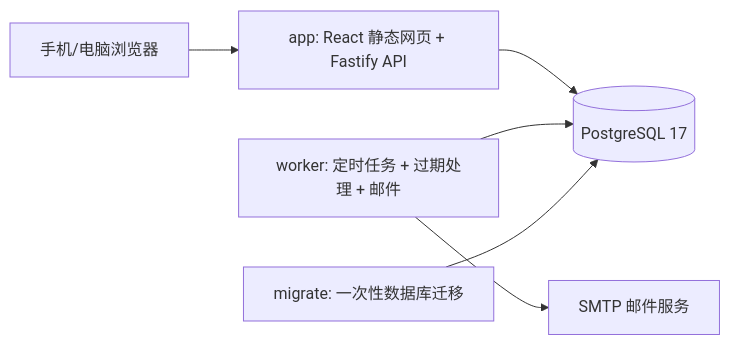
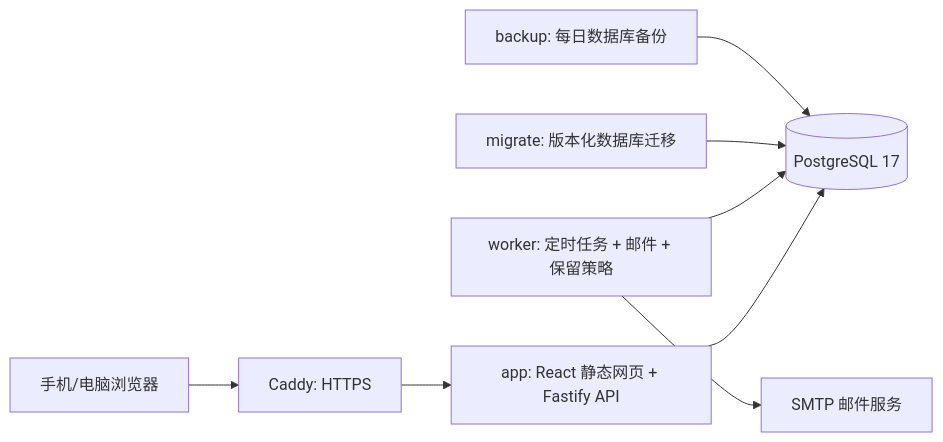
One commit to 1075375006/liang-ge-ren changed the second of 2 diagrams in docs/设计文档.md. Above: the diagram before and after it, drawn with Mermaid. The commit also changed other lines of this file and 57 other files, not shown here.

````diff
--- a/docs/设计文档.md
+++ b/docs/设计文档.md
@@ -110,8 +120,10 @@
 ```mermaid
 flowchart LR
-    U[手机/电脑浏览器] --> A[app: React 静态网页 + Fastify API]
+    U[手机/电脑浏览器] --> C[Caddy: HTTPS]
+    C --> A[app: React 静态网页 + Fastify API]
     A --> P[(PostgreSQL 17)]
-    W[worker: 定时任务 + 过期处理 + 邮件] --> P
+    W[worker: 定时任务 + 邮件 + 保留策略] --> P
     W --> M[SMTP 邮件服务]
-    X[migrate: 一次性数据库迁移] --> P
+    X[migrate: 版本化数据库迁移] --> P
+    B[backup: 每日数据库备份] --> P
 ```
````
